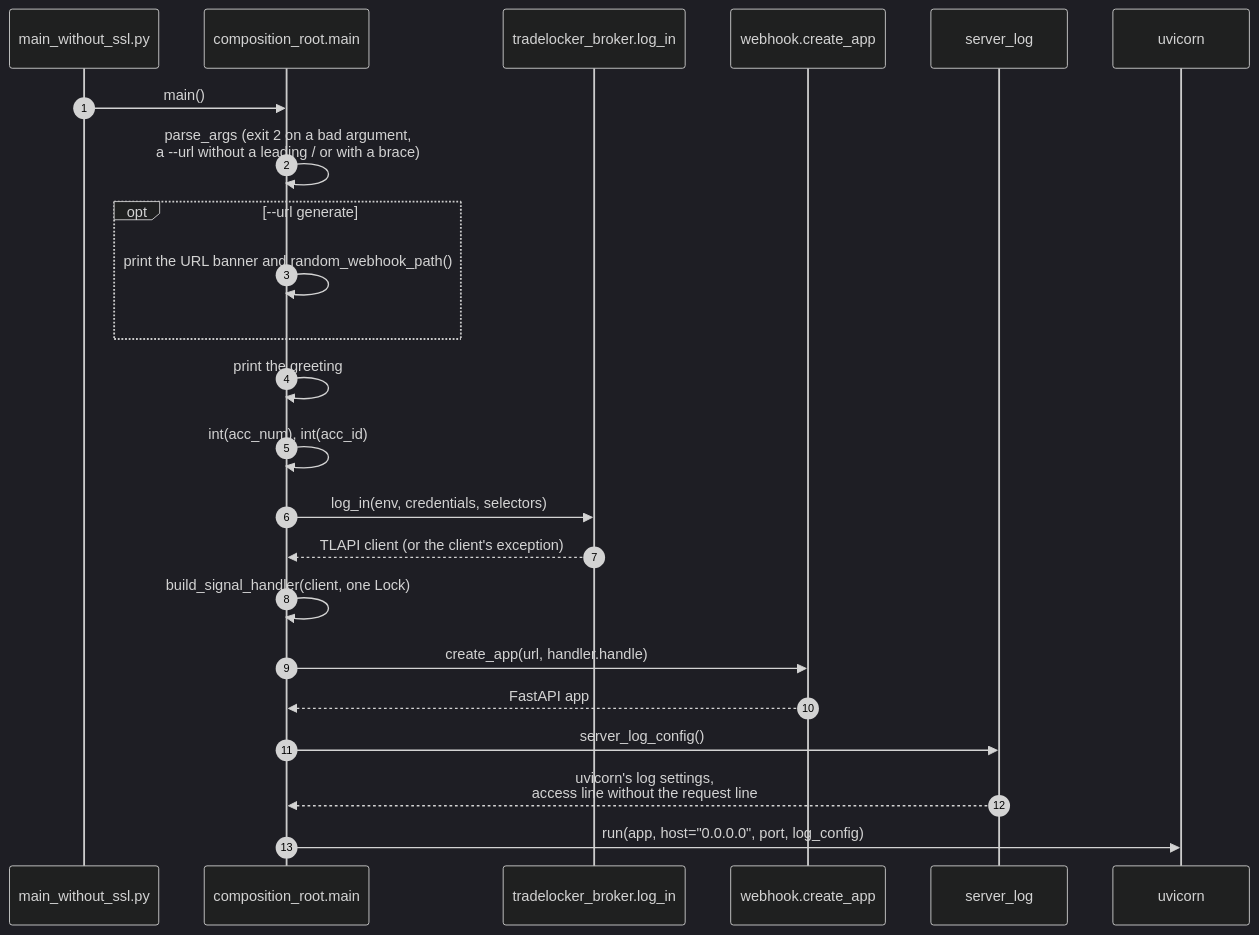
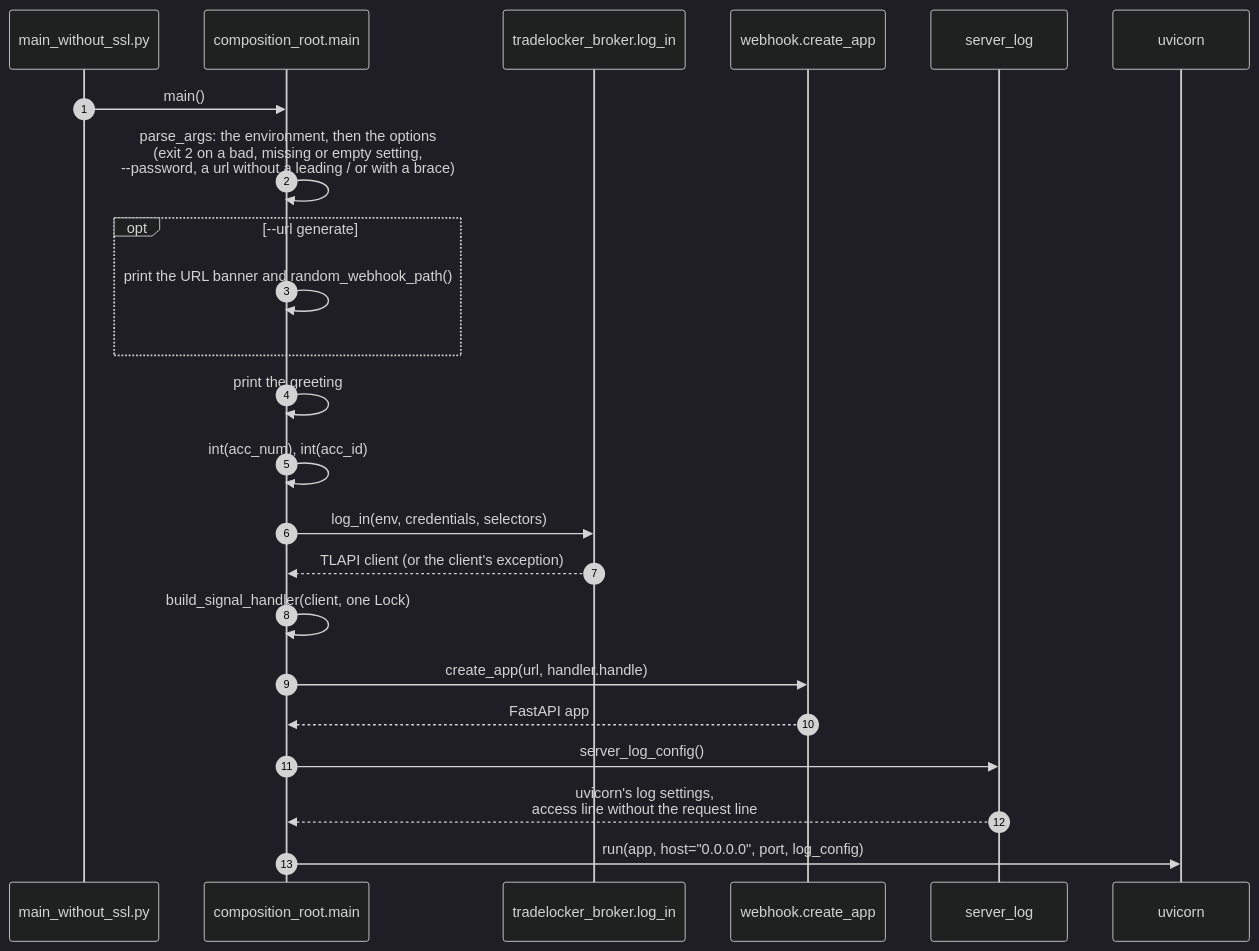
Before and after one commit to Akinzou/TradeLockerBot: the second of 6 diagrams in docs/architecture.md, drawn with Mermaid (dark theme). The commit also changed other lines of this file and 13 other files, not shown here.

First line of the commit message:
fix: read the settings from the environment, not the command line (roadmap step 6g)

````diff
--- a/docs/architecture.md
+++ b/docs/architecture.md
@@ -95,25 +95,25 @@
 ```mermaid
 sequenceDiagram
     autonumber
     participant EP as main_without_ssl.py
     participant CR as composition_root.main
     participant TB as tradelocker_broker.log_in
     participant WH as webhook.create_app
     participant SL as server_log
     participant U as uvicorn
     EP->>CR: main()
-    CR->>CR: parse_args (exit 2 on a bad argument,<br/>a --url without a leading / or with a brace)
+    CR->>CR: parse_args: the environment, then the options<br/>(exit 2 on a bad, missing or empty setting,<br/>--password, a url without a leading / or with a brace)
     opt --url generate
         CR->>CR: print the URL banner and random_webhook_path()
     end
     CR->>CR: print the greeting
     CR->>CR: int(acc_num), int(acc_id)
     CR->>TB: log_in(env, credentials, selectors)
     TB-->>CR: TLAPI client (or the client's exception)
     CR->>CR: build_signal_handler(client, one Lock)
     CR->>WH: create_app(url, handler.handle)
     WH-->>CR: FastAPI app
     CR->>SL: server_log_config()
     SL-->>CR: uvicorn's log settings,<br/>access line without the request line
     CR->>U: run(app, host="0.0.0.0", port, log_config)
 ```
````
